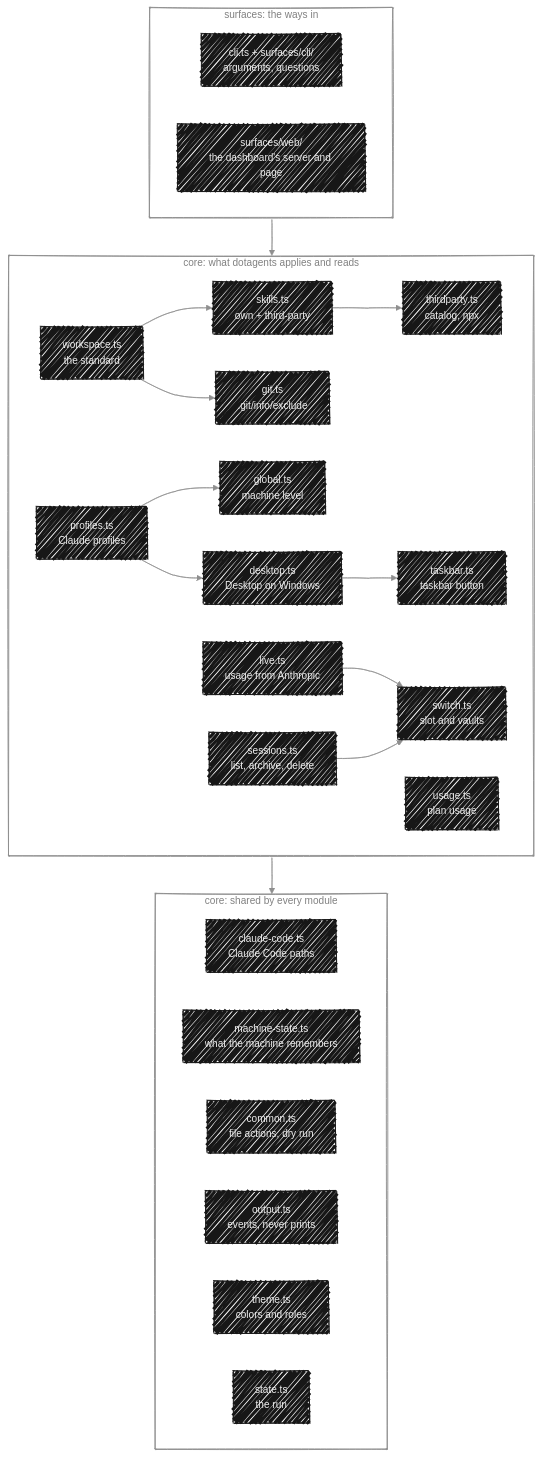
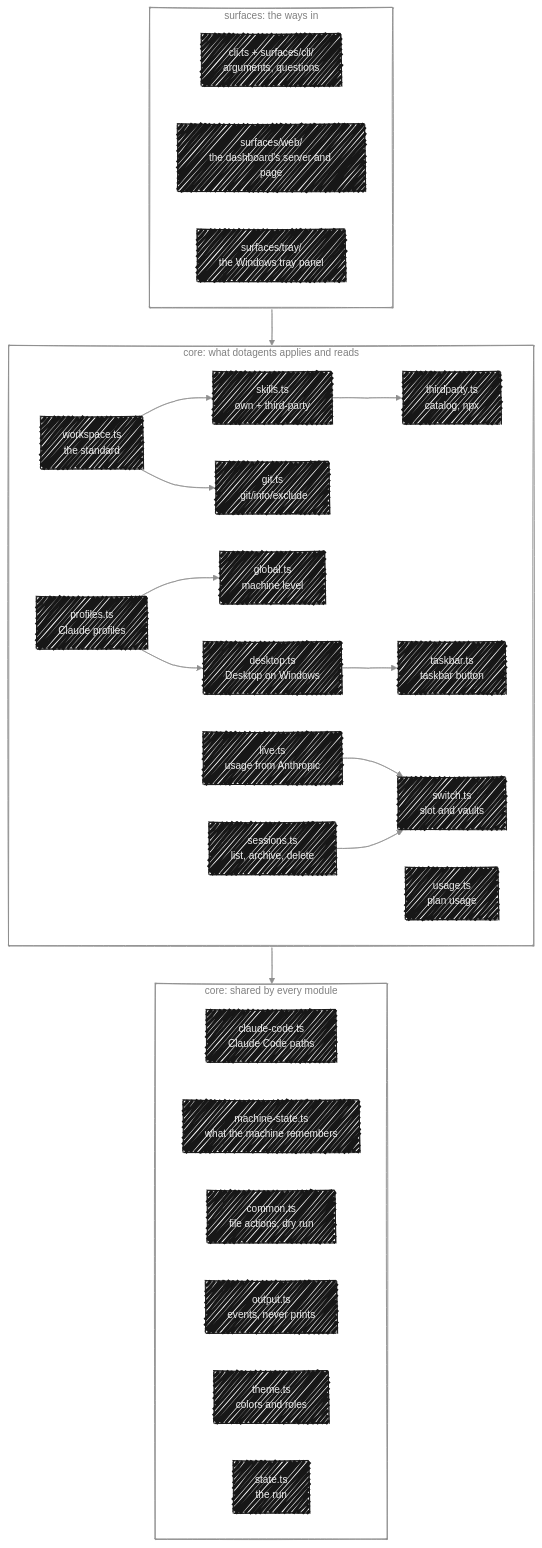
Before and after one commit to dotagents-org/dotagents-core: the diagram in docs/architecture.md, drawn with Mermaid. The commit also changed other lines of this file and 39 other files, not shown here.

Commit message:
✨ feat(tray): add the windows tray panel with the current account's avatar, every account's usage and the switch and desktop buttons

````diff
--- a/docs/architecture.md
+++ b/docs/architecture.md
@@ -36,32 +37,33 @@
 ```mermaid
 %%{init: {"look": "handDrawn", "handDrawnSeed": 3, "theme": "base", "themeVariables": {"fontFamily": "Geist Mono, ui-monospace, SFMono-Regular, Menlo, Consolas, monospace", "fontSize": "14px", "primaryColor": "#171717", "primaryTextColor": "#ededed", "primaryBorderColor": "#171717", "lineColor": "#8f8f8f", "textColor": "#171717", "edgeLabelBackground": "#ededed", "clusterBkg": "transparent", "clusterBorder": "#8f8f8f", "titleColor": "#808080"}}}%%
 flowchart TB
     subgraph surfaces["surfaces: the ways in"]
         direction LR
         cli["cli.ts + surfaces/cli/<br/>arguments, questions"]
         web["surfaces/web/<br/>the dashboard's server and page"]
+        tray["surfaces/tray/<br/>the Windows tray panel"]
     end
 
     subgraph features["core: what dotagents applies and reads"]
         direction LR
         workspace["workspace.ts<br/>the standard"] --> skills["skills.ts<br/>own + third-party"] --> thirdparty["thirdparty.ts<br/>catalog, npx"]
         workspace --> git["git.ts<br/>.git/info/exclude"]
         profiles["profiles.ts<br/>Claude profiles"] --> global["global.ts<br/>machine level"]
         profiles --> desktop["desktop.ts<br/>Desktop on Windows"] --> taskbar["taskbar.ts<br/>taskbar button"]
         usage["usage.ts<br/>plan usage"]
         live["live.ts<br/>usage from Anthropic"] --> switch["switch.ts<br/>slot and vaults"]
         sessions["sessions.ts<br/>list, archive, delete"] --> switch
     end
 
     subgraph shared["core: shared by every module"]
         direction LR
         paths["claude-code.ts<br/>Claude Code paths"]
         memory["machine-state.ts<br/>what the machine remembers"]
         common["common.ts<br/>file actions, dry run"]
         output["output.ts<br/>events, never prints"]
         theme["theme.ts<br/>colors and roles"]
         run["state.ts<br/>the run"]
     end
 
     surfaces --> features --> shared
 ```
````
